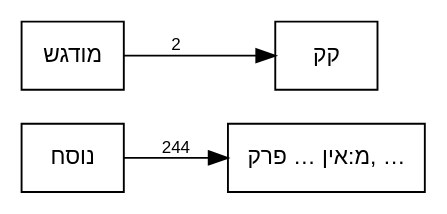
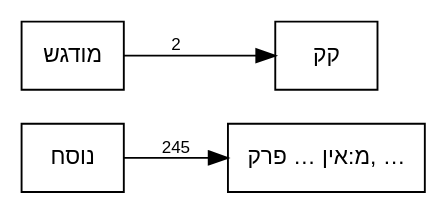
The diagram in out/tmpl-survey-plain/plain-call-graph-c.dot (bdenckla/MAM-basics), drawn with Graphviz before and after one commit. The commit also changed 40 other files, not shown here.

```diff
--- a/out/tmpl-survey-plain/plain-call-graph-c.dot
+++ b/out/tmpl-survey-plain/plain-call-graph-c.dot
@@ -1,26 +1,26 @@
 // This file was generated by MAM-basics/py/main_tmpl_survey.py.
 // Do not edit by hand.
 digraph template_call_graph {
     rankdir=LR;
     node [fontname="Helvetica", fontsize=12];
     edge [fontname="Helvetica", fontsize=9];
     graph [comment="This file was generated by MAM-basics/py/main_tmpl_survey.py."];
 
     // Template nodes
     node [shape=box, style=""];
     "מ:אין … פרק, …" [tooltip="מ:אין פרשה בתחילת פרק
 מ:אין פרשה בתחילת פרק בספרי אמ״ת
 מ:סיום בטוב
 מ:קישור בהערה
 סס
 ססס
 פפ
 פפפ
 ר1
 ר4
 ש"];
 
     // Edges
     "מודגש" -> "קק" [label="2"];
-    "נוסח" -> "מ:אין … פרק, …" [label="244"];
+    "נוסח" -> "מ:אין … פרק, …" [label="245"];
 }
```
